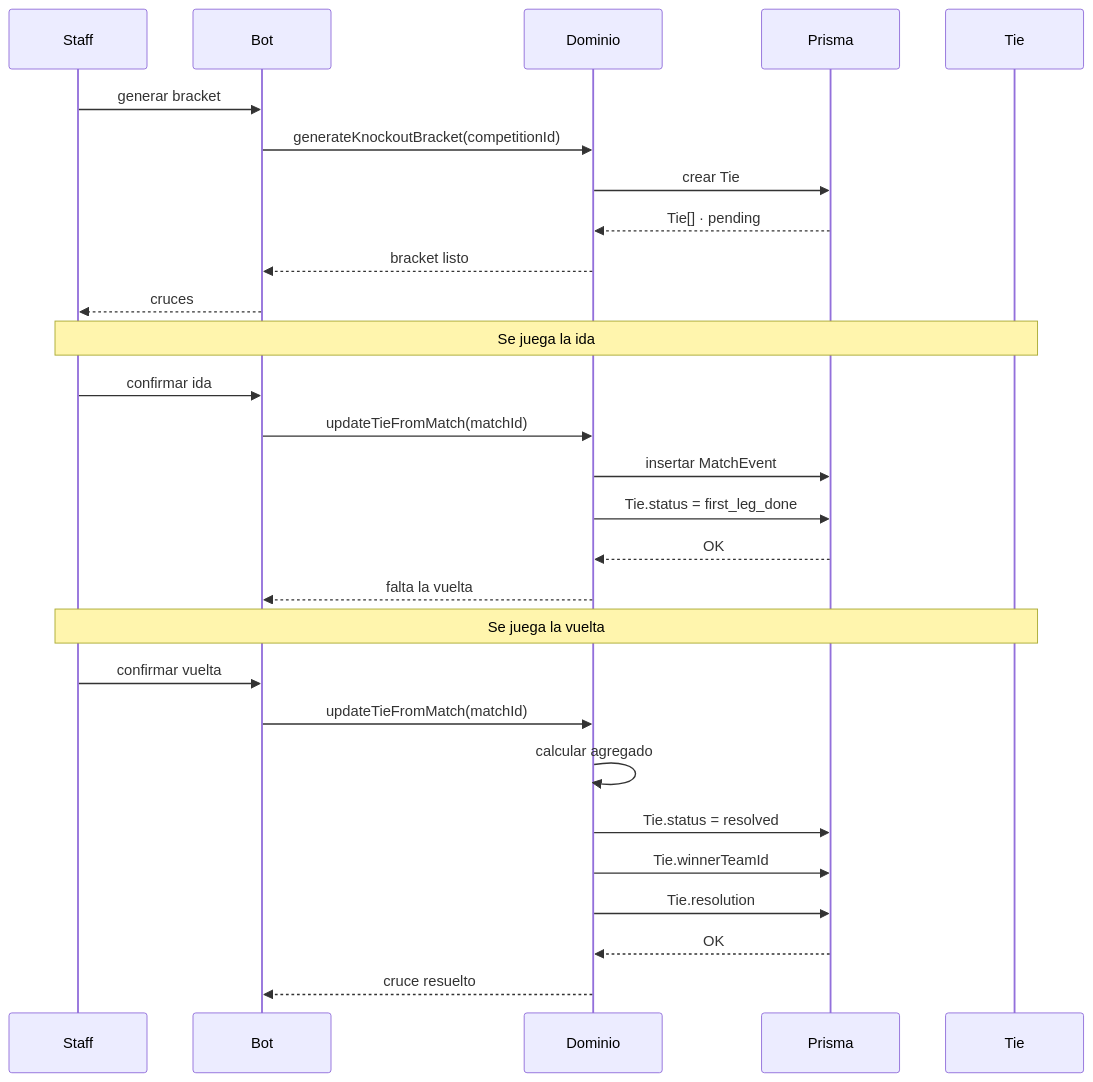
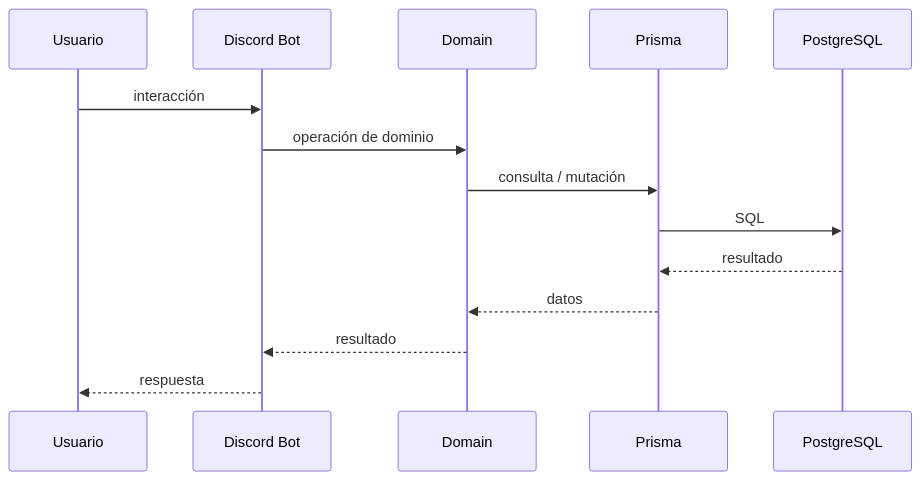
Before and after one commit to Kevris/AGON: the second of 3 diagrams in README.md, drawn with Mermaid. The commit also changed other lines of this file and 7 other files, not shown here.

````diff
--- a/README.md
+++ b/README.md
@@ -272,35 +238,17 @@
 ```mermaid
 sequenceDiagram
-    participant S as Staff
-    participant B as Bot
-    participant D as Dominio
+    participant U as Usuario
+    participant B as Discord Bot
+    participant D as Domain
     participant DB as Prisma
-    participant T as Tie
+    participant P as PostgreSQL
 
-    S->>B: generar bracket
-    B->>D: generateKnockoutBracket(competitionId)
-    D->>DB: crear Tie
-    DB-->>D: Tie[] · pending
-    D-->>B: bracket listo
-    B-->>S: cruces
-
-    Note over S,T: Se juega la ida
-
-    S->>B: confirmar ida
-    B->>D: updateTieFromMatch(matchId)
-    D->>DB: insertar MatchEvent
-    D->>DB: Tie.status = first_leg_done
-    DB-->>D: OK
-    D-->>B: falta la vuelta
-
-    Note over S,T: Se juega la vuelta
-
-    S->>B: confirmar vuelta
-    B->>D: updateTieFromMatch(matchId)
-    D->>D: calcular agregado
-    D->>DB: Tie.status = resolved
-    D->>DB: Tie.winnerTeamId
-    D->>DB: Tie.resolution
-    DB-->>D: OK
-    D-->>B: cruce resuelto
+    U->>B: interacción
+    B->>D: operación de dominio
+    D->>DB: consulta / mutación
+    DB->>P: SQL
+    P-->>DB: resultado
+    DB-->>D: datos
+    D-->>B: resultado
+    B-->>U: respuesta
 ```
````
